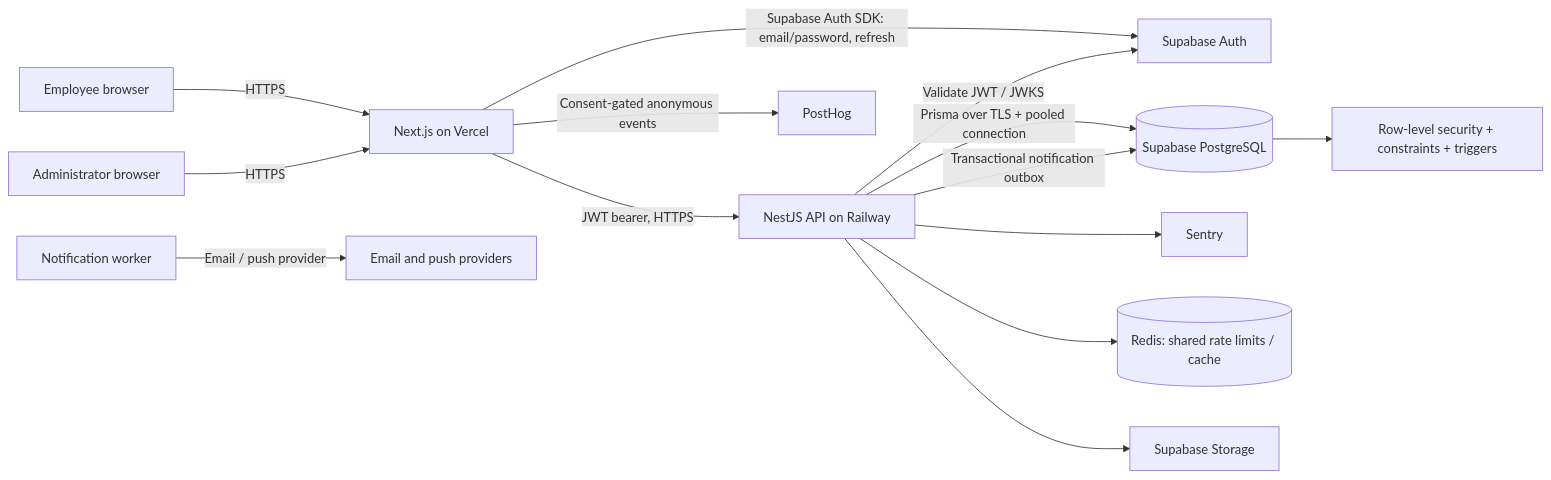
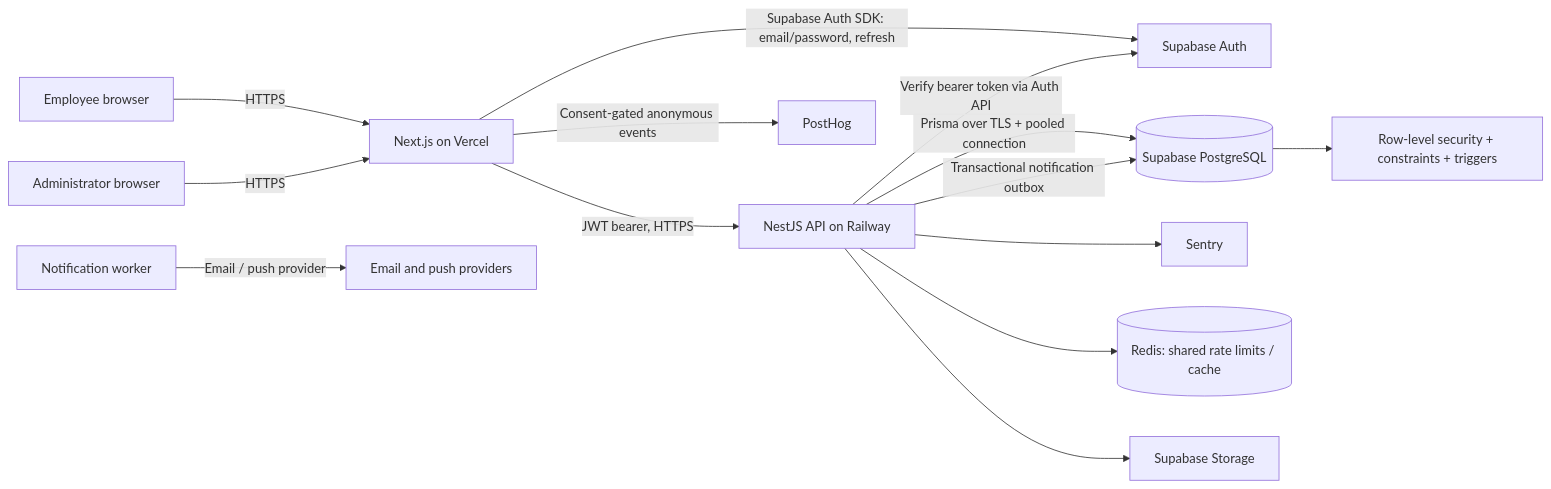
The first of 8 diagrams in docs/architecture.md (Hari-0607/Archscal-attendance-), drawn with Mermaid before and after one commit. The commit also changed other lines of this file and 40 other files, not shown here.

````diff
--- a/docs/architecture.md
+++ b/docs/architecture.md
@@ -15,16 +15,16 @@
 ```mermaid
 flowchart LR
   Employee[Employee browser] -->|HTTPS| Vercel[Next.js on Vercel]
   Admin[Administrator browser] -->|HTTPS| Vercel
   Vercel -->|Supabase Auth SDK: email/password, refresh| Auth[Supabase Auth]
   Vercel -->|JWT bearer, HTTPS| Railway[NestJS API on Railway]
-  Railway -->|Validate JWT / JWKS| Auth
+  Railway -->|Verify bearer token via Auth API| Auth
   Railway -->|Prisma over TLS + pooled connection| DB[(Supabase PostgreSQL)]
   DB --> RLS[Row-level security + constraints + triggers]
   Railway -->|Transactional notification outbox| DB
   Worker[Notification worker] -->|Email / push provider| Providers[Email and push providers]
   Railway --> Sentry[Sentry]
   Vercel -->|Consent-gated anonymous events| PostHog[PostHog]
   Railway --> Redis[(Redis: shared rate limits / cache)]
   Railway --> Storage[Supabase Storage]
 ```
````
